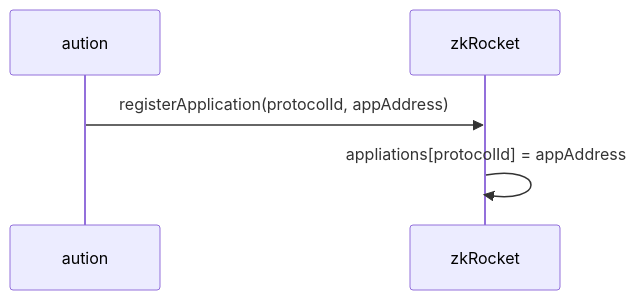
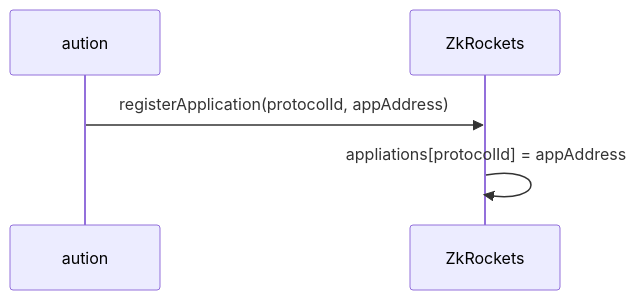
Before and after one commit to zkRocket/ZenKeeper: the second of 4 diagrams in README.md, drawn with Mermaid. The commit also changed other lines of this file, not shown here.

````diff
--- a/README.md
+++ b/README.md
@@ -82,8 +82,8 @@
 ```mermaid
 sequenceDiagram
     participant aution
-    participant zkRocket
+    participant ZkRockets
 
-    aution ->> zkRocket: registerApplication(protocolId, appAddress)
-    zkRocket ->> zkRocket: appliations[protocolId] = appAddress
+    aution ->> ZkRockets: registerApplication(protocolId, appAddress)
+    ZkRockets ->> ZkRockets: appliations[protocolId] = appAddress
 ```
````
